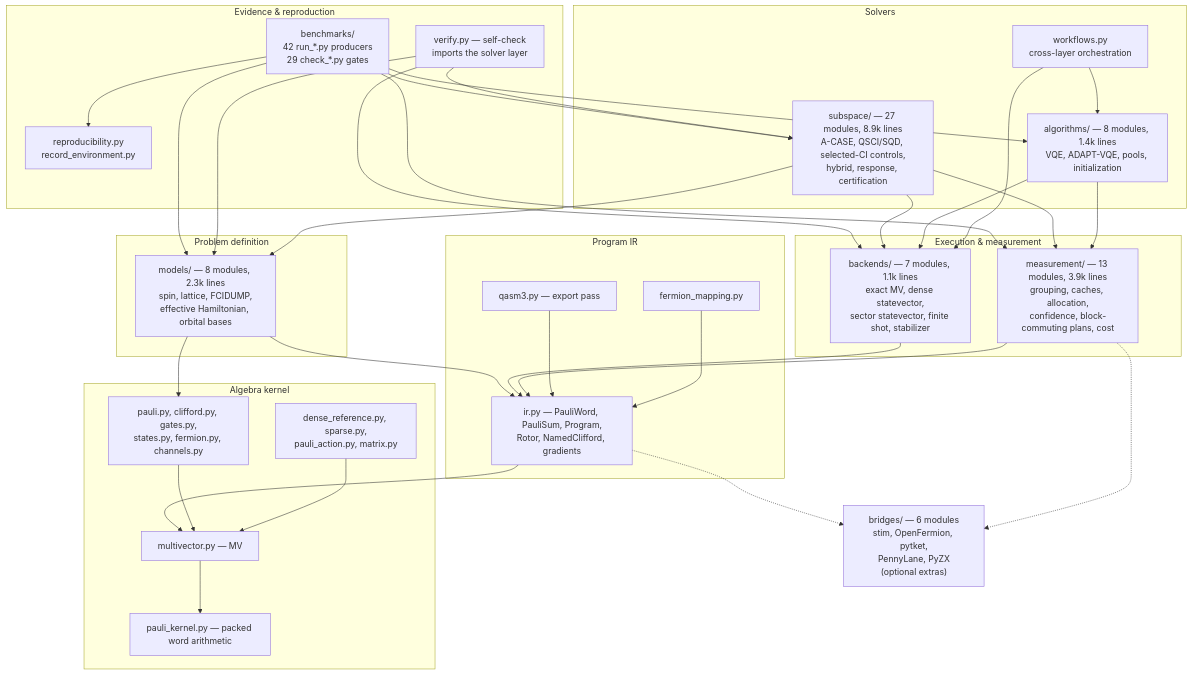
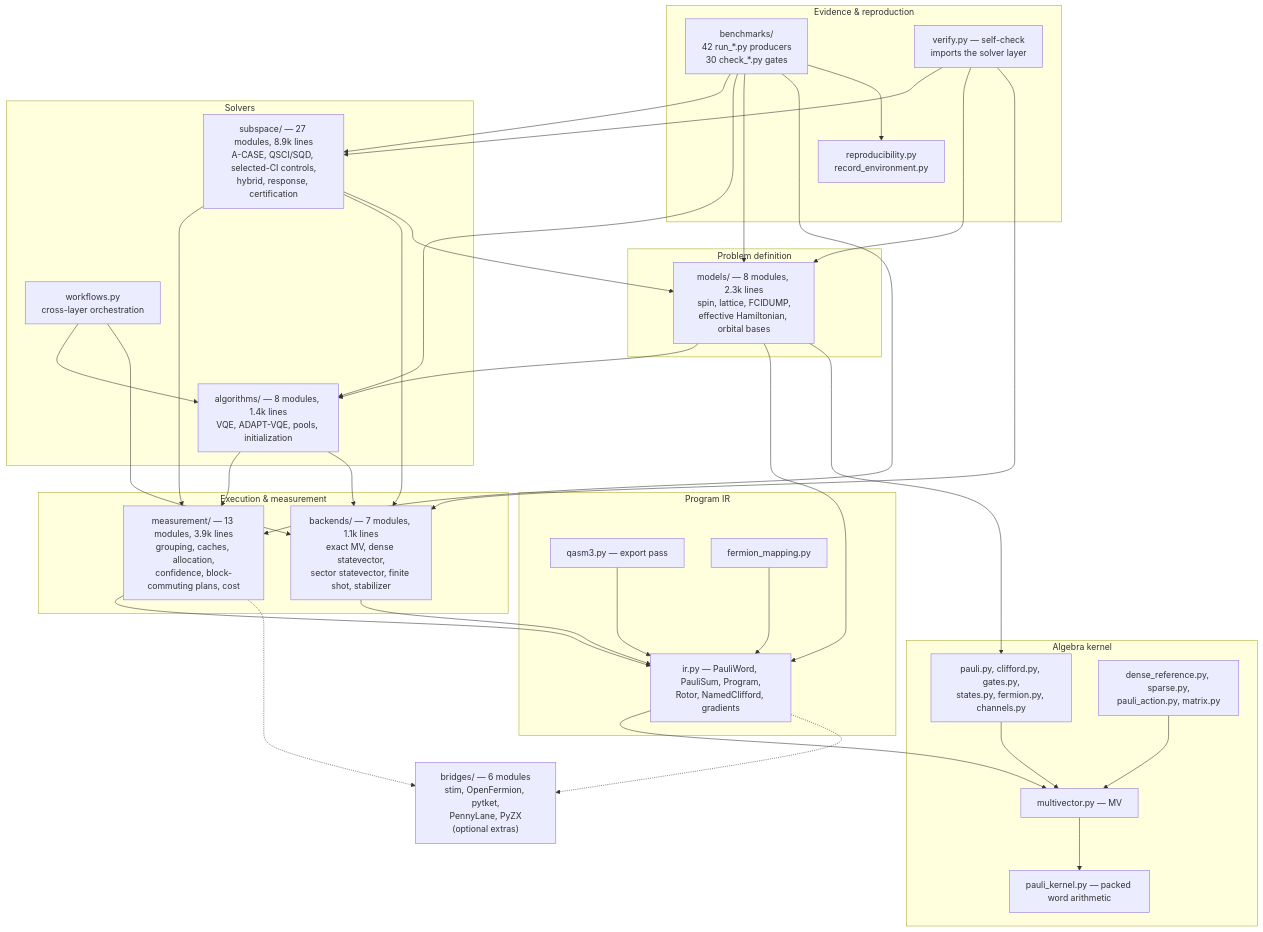
Before and after one commit to gutama/clifford_qc: the first of 5 diagrams in ARCHITECTURE.md, drawn with Mermaid. The commit also changed other lines of this file and 28 other files, not shown here.

First line of the commit message:
Add the architecture manuscript and gate it against the source tree (#93)

````diff
--- a/ARCHITECTURE.md
+++ b/ARCHITECTURE.md
@@ -38,66 +40,67 @@
 ```mermaid
 flowchart TD
     subgraph L6["Evidence & reproduction"]
-        BENCH["benchmarks/<br/>42 run_*.py producers<br/>29 check_*.py gates"]
+        BENCH["benchmarks/<br/>42 run_*.py producers<br/>30 check_*.py gates"]
         REPRO["reproducibility.py<br/>record_environment.py"]
         VERIFY["verify.py &mdash; self-check<br/>imports the solver layer"]
     end
 
     subgraph L5["Solvers"]
         SUBSPACE["subspace/ &mdash; 27 modules, 8.9k lines<br/>A-CASE, QSCI/SQD, selected-CI controls,<br/>hybrid, response, certification"]
         ALGOS["algorithms/ &mdash; 8 modules, 1.4k lines<br/>VQE, ADAPT-VQE, pools, initialization"]
         WORKFLOWS["workflows.py<br/>cross-layer orchestration"]
     end
 
     subgraph L4["Problem definition"]
         MODELS["models/ &mdash; 8 modules, 2.3k lines<br/>spin, lattice, FCIDUMP,<br/>effective Hamiltonian, orbital bases"]
     end
 
     subgraph L3["Execution & measurement"]
         BACKENDS["backends/ &mdash; 7 modules, 1.1k lines<br/>exact MV, dense statevector,<br/>sector statevector, finite shot, stabilizer"]
         MEAS["measurement/ &mdash; 13 modules, 3.9k lines<br/>grouping, caches, allocation,<br/>confidence, block-commuting plans, cost"]
     end
 
     subgraph L2["Program IR"]
         IR["ir.py &mdash; PauliWord, PauliSum, Program,<br/>Rotor, NamedClifford, gradients"]
         QASM["qasm3.py &mdash; export pass"]
         FMAP["fermion_mapping.py"]
     end
 
     subgraph L1["Algebra kernel"]
         MV["multivector.py &mdash; MV"]
         KERNEL["pauli_kernel.py &mdash; packed word arithmetic"]
         PAULI["pauli.py, clifford.py, gates.py,<br/>states.py, fermion.py, channels.py"]
         DENSE["dense_reference.py, sparse.py,<br/>pauli_action.py, matrix.py"]
     end
 
     BRIDGES["bridges/ &mdash; 6 modules<br/>stim, OpenFermion, pytket,<br/>PennyLane, PyZX<br/>(optional extras)"]
 
     BENCH --> SUBSPACE
     BENCH --> ALGOS
     BENCH --> MODELS
     BENCH --> MEAS
     BENCH --> REPRO
     VERIFY --> SUBSPACE
     VERIFY --> MODELS
     VERIFY --> BACKENDS
     SUBSPACE --> MEAS
     SUBSPACE --> BACKENDS
     SUBSPACE --> MODELS
     ALGOS --> MEAS
     ALGOS --> BACKENDS
     WORKFLOWS --> ALGOS
     WORKFLOWS --> BACKENDS
+    MODELS --> ALGOS
     MODELS --> IR
     MODELS --> PAULI
     BACKENDS --> IR
     MEAS --> IR
     IR --> MV
     QASM --> IR
     FMAP --> IR
     PAULI --> MV
     DENSE --> MV
     MV --> KERNEL
     IR -.-> BRIDGES
     MEAS -.-> BRIDGES
 ```
````
